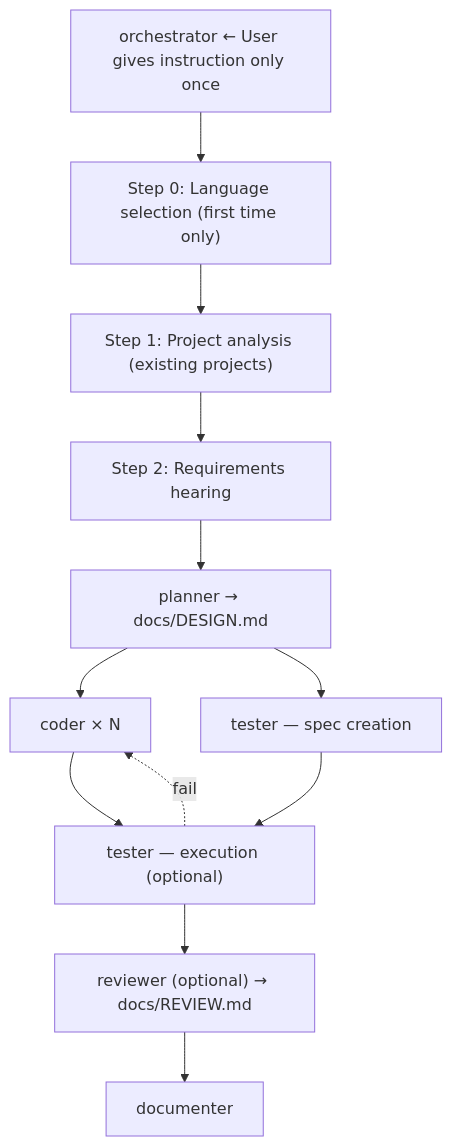
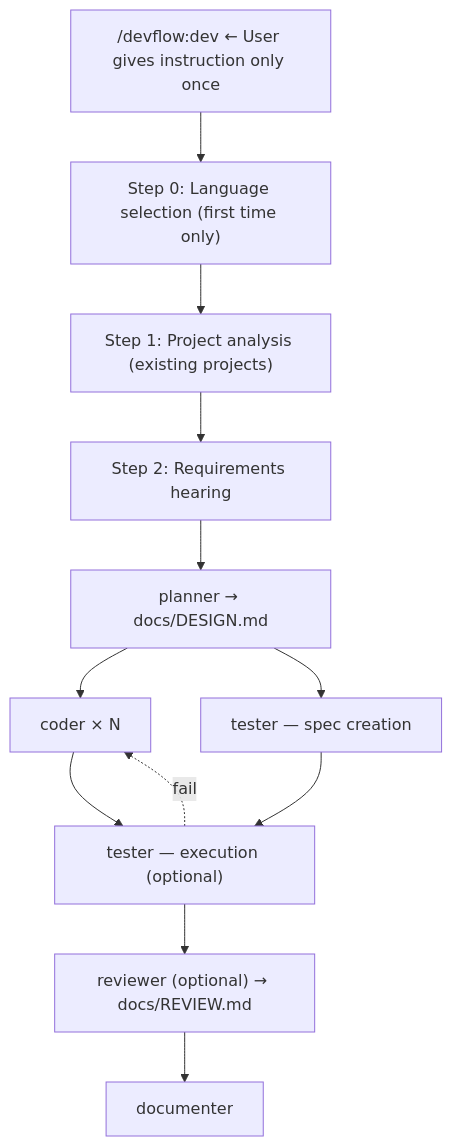
The diagram in devflow/README.md (shumatsumonobu/dotagents), drawn with Mermaid before and after one commit. The commit also changed other lines of this file and 12 other files, not shown here.

````diff
--- a/devflow/README.md
+++ b/devflow/README.md
@@ -99,12 +92,12 @@
 ```mermaid
 flowchart TD
-    A["orchestrator ← User gives instruction only once"] --> B["Step 0: Language selection (first time only)"]
+    A["/devflow:dev ← User gives instruction only once"] --> B["Step 0: Language selection (first time only)"]
     B --> C["Step 1: Project analysis (existing projects)"]
     C --> D["Step 2: Requirements hearing"]
     D --> E["planner → docs/DESIGN.md"]
     E --> F["coder × N"] & G["tester — spec creation"]
     F & G --> H["tester — execution (optional)"]
     H -. fail .-> F
     H --> I["reviewer (optional) → docs/REVIEW.md"]
     I --> J[documenter]
 ```
````
